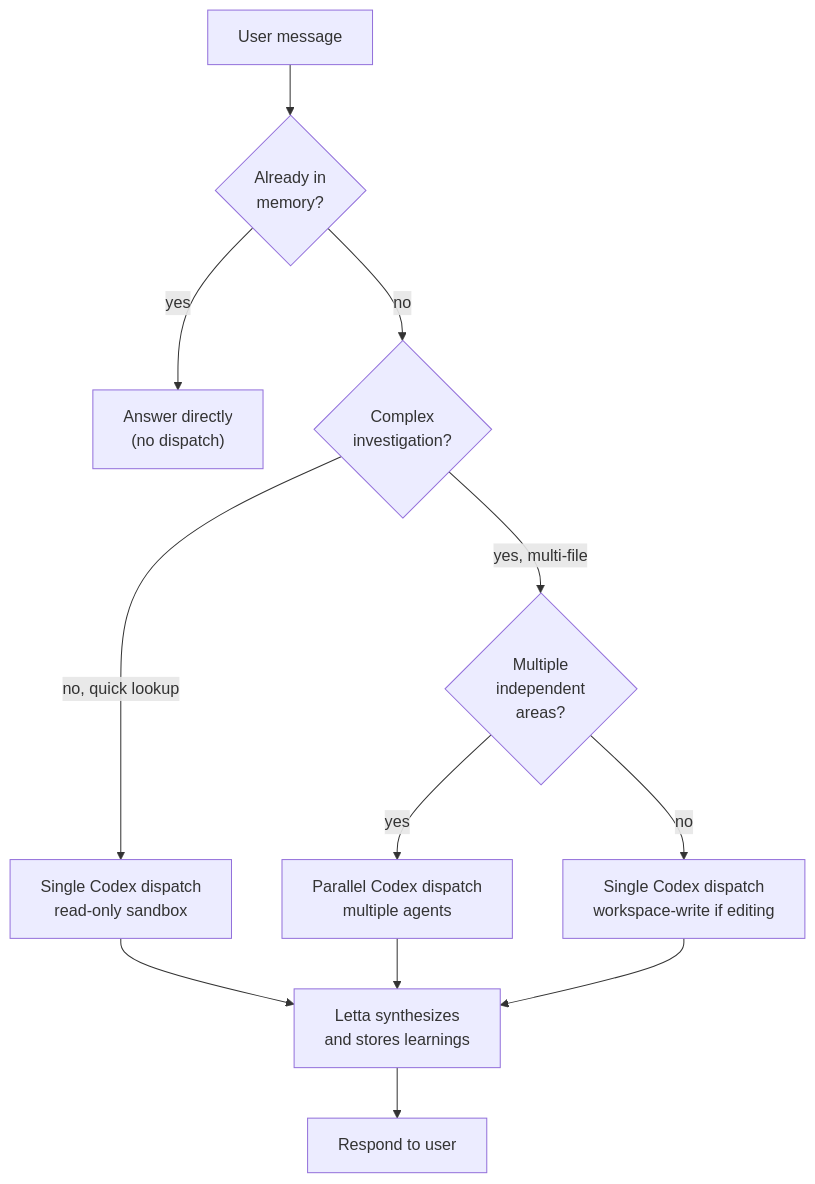
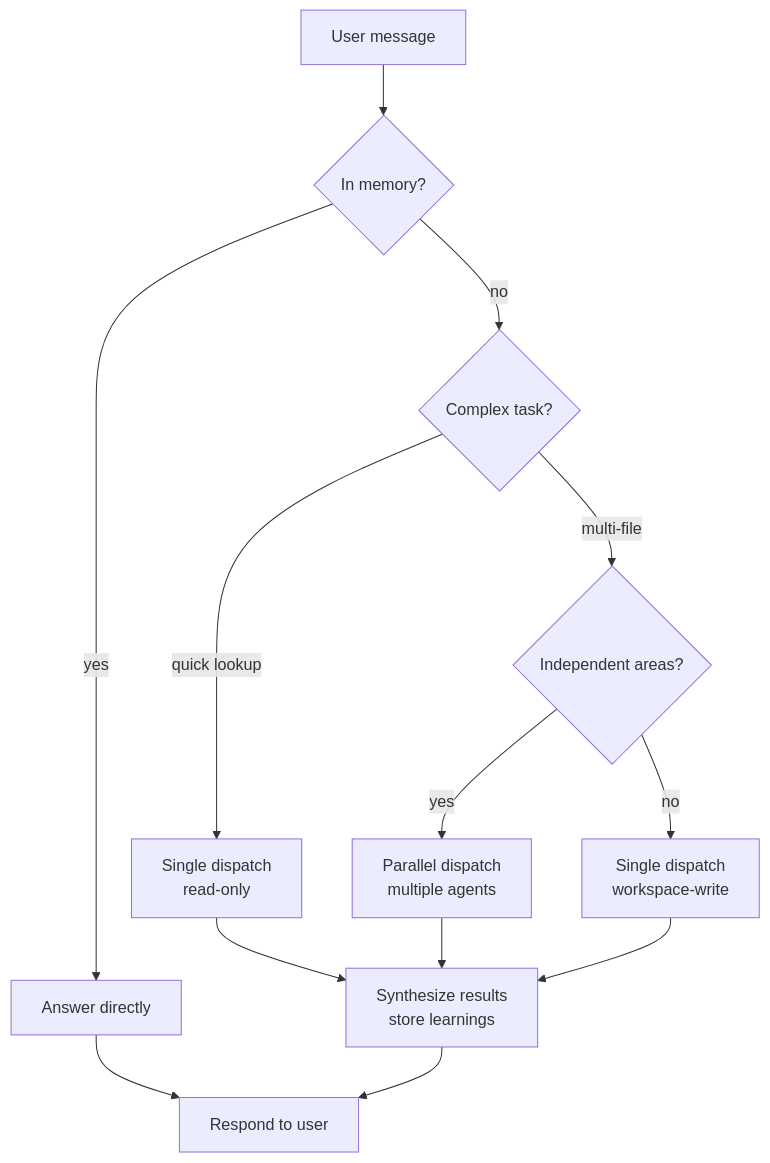
The third of 3 diagrams in src/content/tutorials/letta-orchestrate-codex.mdx (greedychipmunk/algodojo-xyz), drawn with Mermaid before and after one commit. The commit also changed other lines of this file, not shown here.

First line of the commit message:
feat: add Letta Codex orchestration tutorial (#89)

````diff
--- a/src/content/tutorials/letta-orchestrate-codex.mdx
+++ b/src/content/tutorials/letta-orchestrate-codex.mdx
@@ -589,14 +596,15 @@
 ```mermaid
 flowchart TD
-    Msg["User message"] --> Check{"Already in<br/>memory?"}
-    Check -->|"yes"| Direct["Answer directly<br/>(no dispatch)"]
-    Check -->|"no"| Scope{"Complex<br/>investigation?"}
-    Scope -->|"no, quick lookup"| Dispatch1["Single Codex dispatch<br/>read-only sandbox"]
-    Scope -->|"yes, multi-file"| Parallel{"Multiple<br/>independent<br/>areas?"}
-    Parallel -->|"yes"| Dispatch2["Parallel Codex dispatch<br/>multiple agents"]
-    Parallel -->|"no"| Dispatch3["Single Codex dispatch<br/>workspace-write if editing"]
-    Dispatch1 --> Synthesize["Letta synthesizes<br/>and stores learnings"]
+    Msg["User message"] --> Check{"In memory?"}
+    Check -->|"yes"| Direct["Answer directly"]
+    Check -->|"no"| Scope{"Complex task?"}
+    Scope -->|"quick lookup"| Dispatch1["Single dispatch<br/>read-only"]
+    Scope -->|"multi-file"| Parallel{"Independent areas?"}
+    Parallel -->|"yes"| Dispatch2["Parallel dispatch<br/>multiple agents"]
+    Parallel -->|"no"| Dispatch3["Single dispatch<br/>workspace-write"]
+    Dispatch1 --> Synthesize["Synthesize results<br/>store learnings"]
     Dispatch2 --> Synthesize
     Dispatch3 --> Synthesize
-    Synthesize --> Respond["Respond to user"]
+    Direct --> Respond["Respond to user"]
+    Synthesize --> Respond
 ```
````
